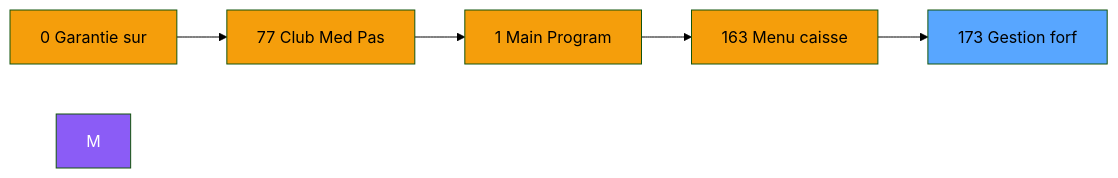
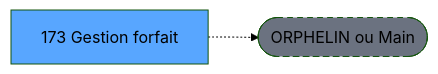
The second of 3 diagrams in .openspec/specs/ADH-IDE-173.md (thonyAGP/lecteur-magic), drawn with Mermaid (forest theme) before and after one commit. The commit also changed other lines of this file and 701 other files, not shown here.

````diff
--- a/.openspec/specs/ADH-IDE-173.md
+++ b/.openspec/specs/ADH-IDE-173.md
@@ -138,18 +127,8 @@
 ```mermaid
 graph LR
-    N0[0 Garantie sur]
-    N77[77 Club Med Pas]
-    N1[1 Main Program]
-    N163[163 Menu caisse ]
-    T[173 Gestion forf]
-    N0 --> N77
-    N77 --> N1
-    N1 --> N163
-    N163 --> T
-    style M fill:#8b5cf6,color:#fff
-    style N0 fill:#f59e0b
-    style N77 fill:#f59e0b
-    style N1 fill:#f59e0b
-    style N163 fill:#f59e0b
+    T[173 Gestion forfait]
+    ORPHAN([ORPHELIN ou Main])
+    T -.-> ORPHAN
     style T fill:#58a6ff,color:#000
+    style ORPHAN fill:#6b7280,stroke-dasharray: 5 5
 ```
````
